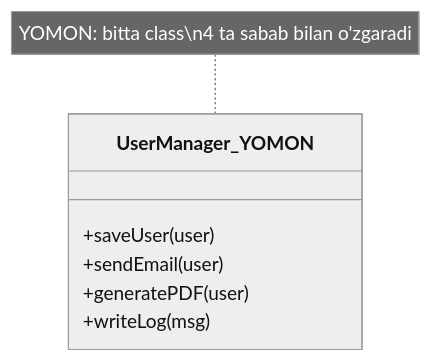
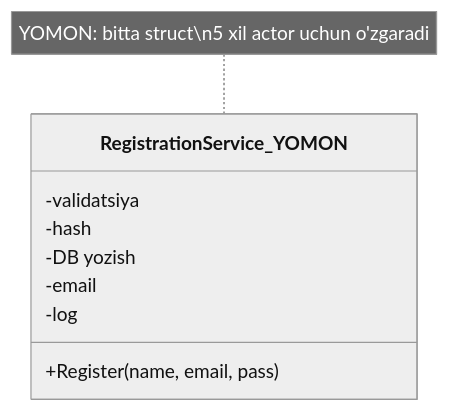
The first of 2 diagrams in Patterns/1. Design Patterns/1. S.O.L.I.D/1. S.md (Otajonoov/dev), drawn with Mermaid (neutral theme) before and after one commit. The commit also changed other lines of this file and 377 other files, not shown here.

````diff
--- a/Patterns/1. Design Patterns/1. S.O.L.I.D/1. S.md
+++ b/Patterns/1. Design Patterns/1. S.O.L.I.D/1. S.md
@@ -48,10 +240,12 @@
 ```mermaid
 classDiagram
-    class UserManager_YOMON {
-        +saveUser(user)
-        +sendEmail(user)
-        +generatePDF(user)
-        +writeLog(msg)
+    class RegistrationService_YOMON {
+        +Register(name, email, pass)
+        -validatsiya
+        -hash
+        -DB yozish
+        -email
+        -log
     }
-    note for UserManager_YOMON "YOMON: bitta class\n4 ta sabab bilan o'zgaradi"
+    note for RegistrationService_YOMON "YOMON: bitta struct\n5 xil actor uchun o'zgaradi"
 ```
````
